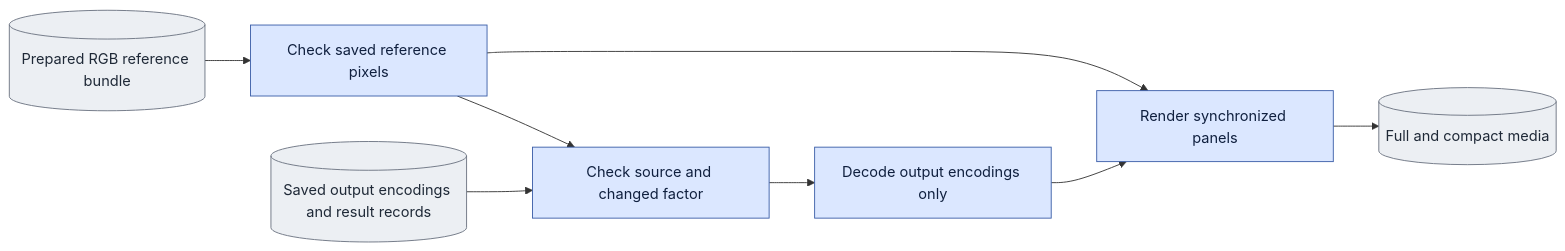
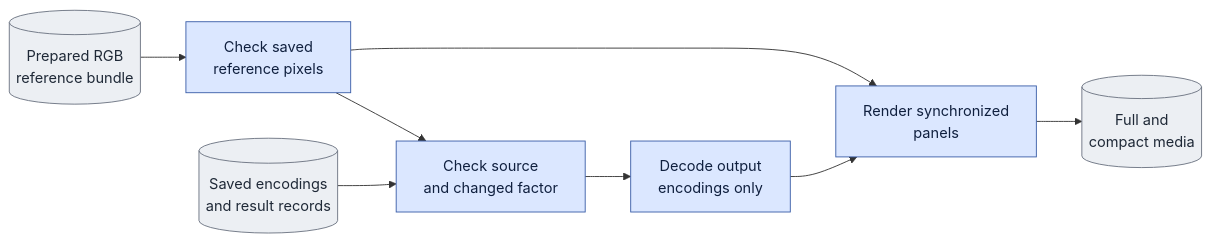
The second of 2 diagrams in scripts/onestep_avatar/doc/comparisons.md (AtlantixJJ/LTX-2), drawn with Mermaid before and after one commit. The commit also changed other lines of this file and 161 other files, not shown here.

````diff
--- a/scripts/onestep_avatar/doc/comparisons.md
+++ b/scripts/onestep_avatar/doc/comparisons.md
@@ -118,14 +118,14 @@
 ```mermaid
 flowchart LR
-  refs[(Prepared RGB reference bundle)] --> read[Check saved reference pixels]
-  outputs[(Saved output encodings and result records)] --> match[Check source and changed factor]
+  refs[("Prepared RGB<br/>reference bundle")] --> read["Check saved<br/>reference pixels"]
+  outputs[("Saved encodings<br/>and result records")] --> match["Check source<br/>and changed factor"]
   read --> match
-  match --> decode[Decode output encodings only]
-  read --> render[Render synchronized panels]
+  match --> decode["Decode output<br/>encodings only"]
+  read --> render["Render synchronized<br/>panels"]
   decode --> render
-  render --> media[(Full and compact media)]
+  render --> media[("Full and<br/>compact media")]
   classDef code fill:#dbe7ff,stroke:#3b5ea8,color:#10203f
   classDef disk fill:#eceff3,stroke:#6b7280,color:#1f2937
   class read,match,decode,render code
   class refs,outputs,media disk
 ```
````
